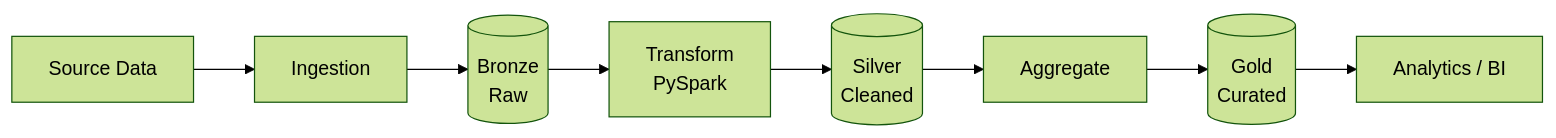
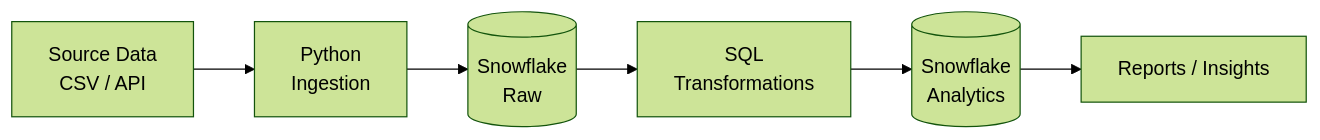
One commit to learncloud-sharad/learncloud-sharad changed the diagram in README.md. Above: the diagram before and after it, drawn with Mermaid (forest theme). The commit also changed other lines of this file, not shown here.

````diff
--- a/README.md
+++ b/README.md
@@ -89,10 +69,8 @@
 ```mermaid
 flowchart LR
-    A[Source Data] --> B[Ingestion]
-    B --> C[(Bronze<br/>Raw)]
-    C --> D[Transform<br/>PySpark]
-    D --> E[(Silver<br/>Cleaned)]
-    E --> F[Aggregate]
-    F --> G[(Gold<br/>Curated)]
-    G --> H[Analytics / BI]
+    A[Source Data<br/>CSV / API] --> B[Python<br/>Ingestion]
+    B --> C[(Snowflake<br/>Raw)]
+    C --> D[SQL<br/>Transformations]
+    D --> E[(Snowflake<br/>Analytics)]
+    E --> F[Reports / Insights]
 ```
````
